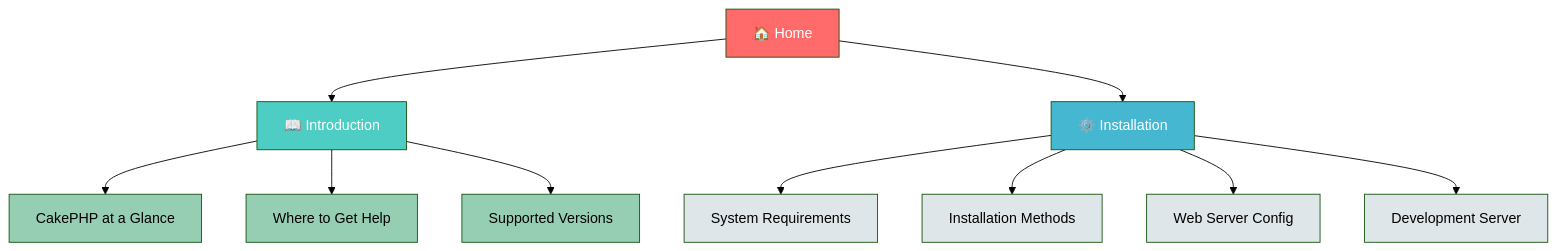
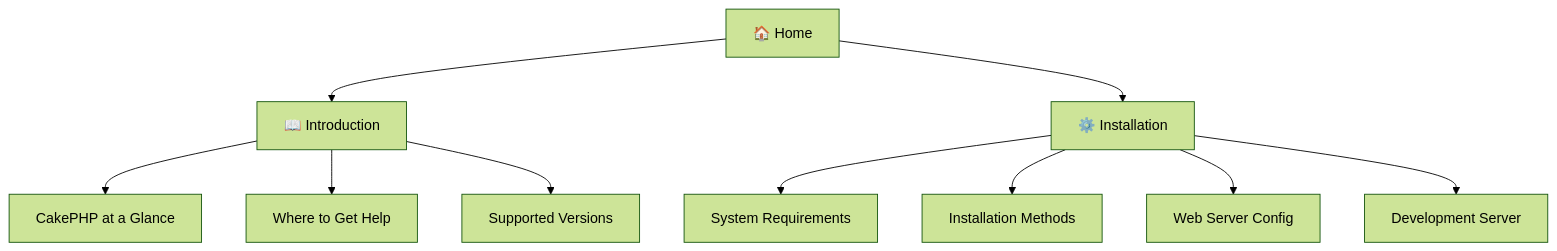
The first of 2 diagrams in docs/index.md (abhayraj-ops/Cake-Learn), drawn with Mermaid (forest theme) before and after one commit. The commit also changed 100 other files, not shown here.

Commit message:
Fix: mermaid diagram readability in dark mode

````diff
--- a/docs/index.md
+++ b/docs/index.md
@@ -19,25 +19,14 @@
 ```mermaid
 graph TB
     A[🏠 Home] --> B[📖 Introduction]
     A --> C[⚙️ Installation]
 
     B --> B1[CakePHP at a Glance]
     B --> B2[Where to Get Help]
     B --> B3[Supported Versions]
 
     C --> C1[System Requirements]
     C --> C2[Installation Methods]
     C --> C3[Web Server Config]
     C --> C4[Development Server]
-
-    style A fill:#ff6b6b,color:#fff
-    style B fill:#4ecdc4,color:#fff
-    style C fill:#45b7d1,color:#fff
-    style B1 fill:#96ceb4
-    style B2 fill:#96ceb4
-    style B3 fill:#96ceb4
-    style C1 fill:#dfe6e9
-    style C2 fill:#dfe6e9
-    style C3 fill:#dfe6e9
-    style C4 fill:#dfe6e9
 ```
````
